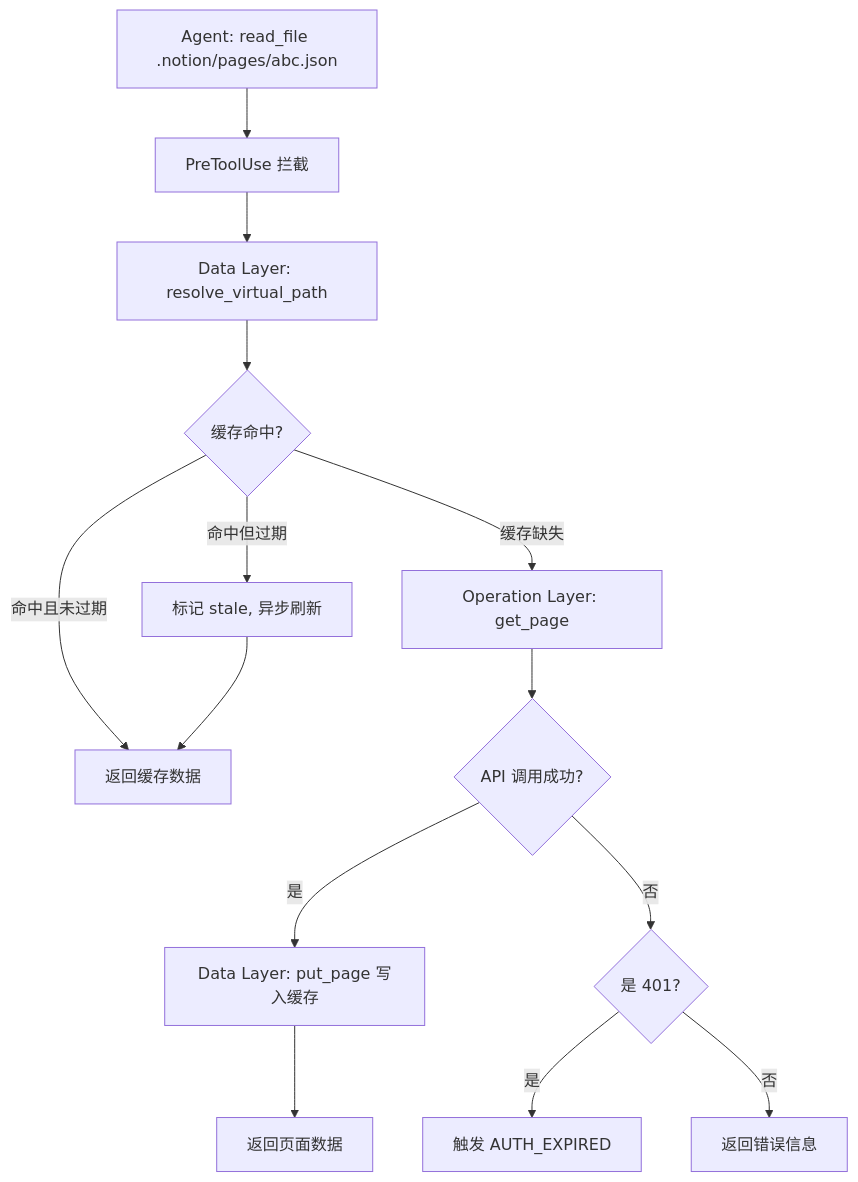
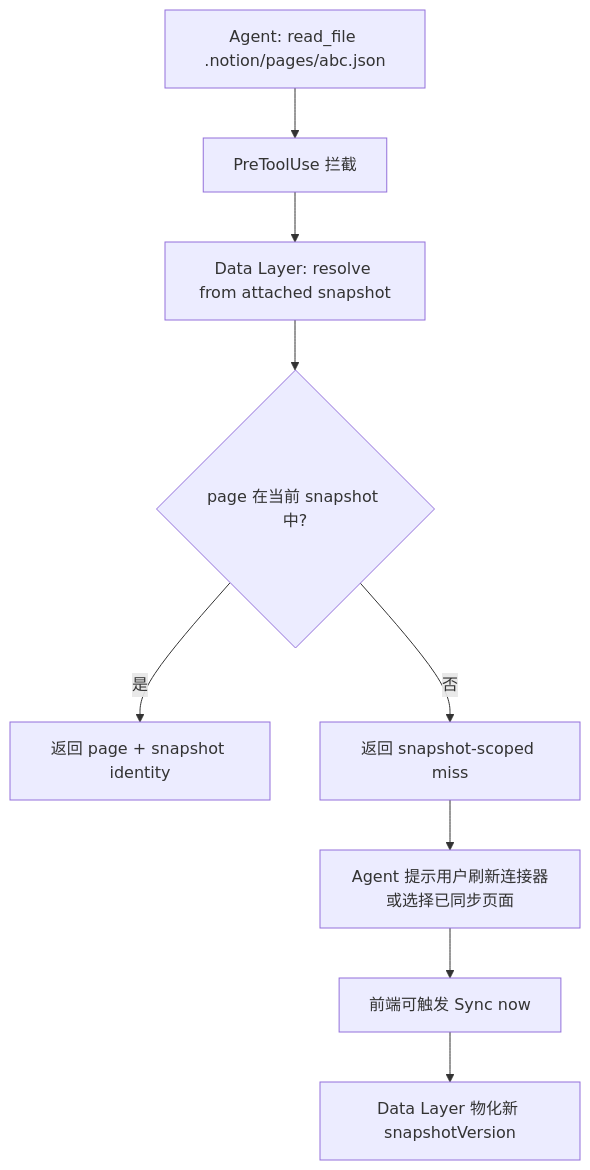
One commit to glide-the/im-dream changed the seventh of 18 diagrams in docs/design/claude-agent/notion-point/resource-connector-flowcharts.md. Above: the diagram before and after it, drawn with Mermaid. The commit also changed other lines of this file and 16 other files, not shown here.

````diff
--- a/docs/design/claude-agent/notion-point/resource-connector-flowcharts.md
+++ b/docs/design/claude-agent/notion-point/resource-connector-flowcharts.md
@@ -205,18 +206,12 @@
 ```mermaid
 flowchart TD
     A[Agent: read_file .notion/pages/abc.json] --> B[PreToolUse 拦截]
-    B --> C[Data Layer: resolve_virtual_path]
-    C --> D{缓存命中?}
+    B --> C[Data Layer: resolve from attached snapshot]
+    C --> D{page 在当前 snapshot 中?}
 
-    D -->|命中且未过期| E[返回缓存数据]
-    D -->|命中但过期| F[标记 stale, 异步刷新]
-    F --> E
-    D -->|缓存缺失| G[Operation Layer: get_page]
-
-    G --> H{API 调用成功?}
-    H -->|是| I[Data Layer: put_page 写入缓存]
-    I --> J[返回页面数据]
-    H -->|否| K{是 401?}
-    K -->|是| L[触发 AUTH_EXPIRED]
-    K -->|否| M[返回错误信息]
+    D -->|是| E[返回 page + snapshot identity]
+    D -->|否| F[返回 snapshot-scoped miss]
+    F --> G[Agent 提示用户刷新连接器或选择已同步页面]
+    G --> H[前端可触发 Sync now]
+    H --> I[Data Layer 物化新 snapshotVersion]
 ```
````
